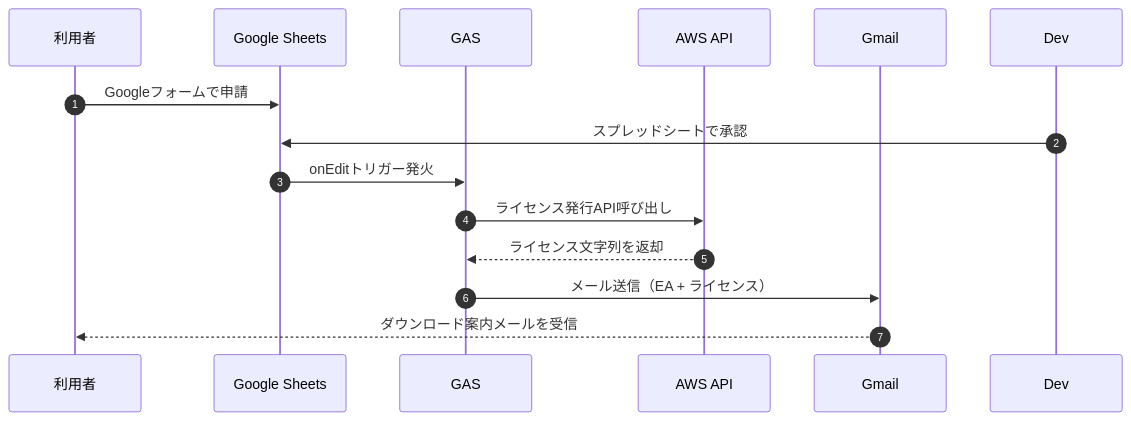
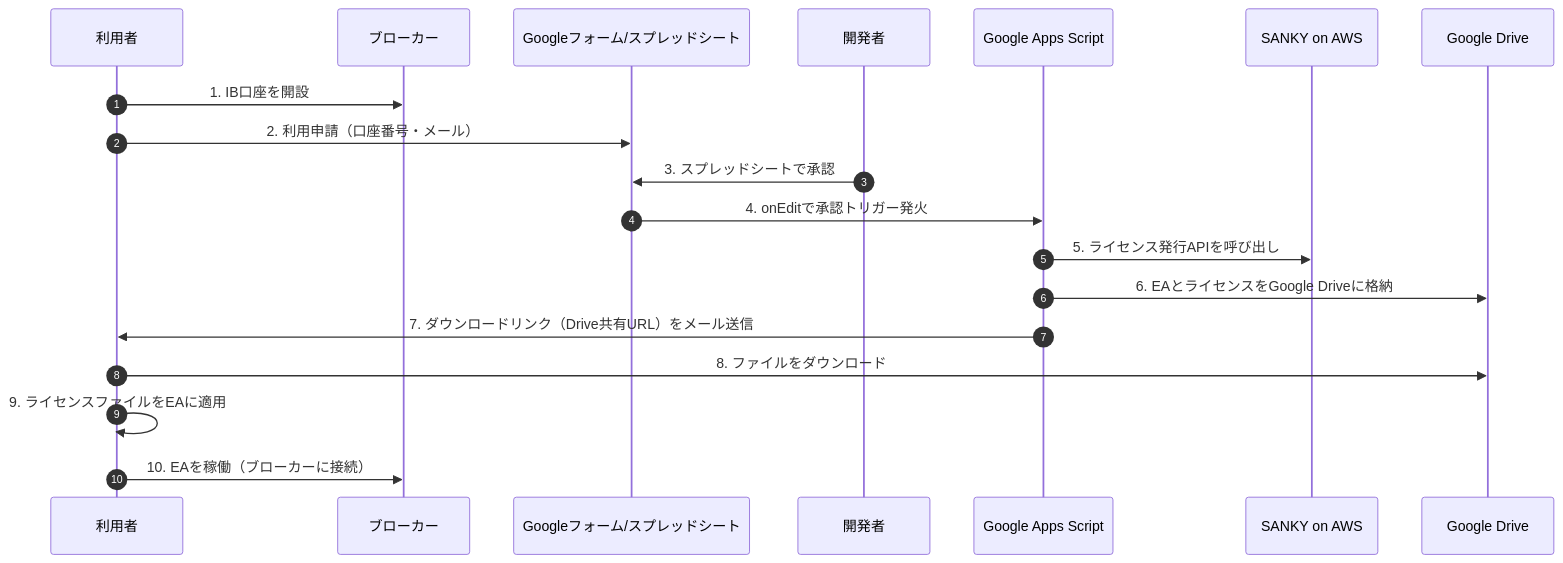
Before and after one commit to poruru210/SanKey: the second of 2 diagrams in docs/ea-license-delivery.md, drawn with Mermaid. The commit also changed other lines of this file, not shown here.

````diff
--- a/docs/ea-license-delivery.md
+++ b/docs/ea-license-delivery.md
@@ -99,17 +54,22 @@
 ```mermaid
 sequenceDiagram
     autonumber
     participant User as 利用者
-    participant Sheet as Google Sheets
-    participant GAS as GAS
-    participant API as AWS API
-    participant Mail as Gmail
+    participant Broker as ブローカー
+    participant Sheet as Googleフォーム/スプレッドシート
+    participant Dev as 開発者
+    participant GAS as Google Apps Script
+    participant SANKY as SANKY on AWS
+    participant Drive as Google Drive
 
-    User->>Sheet: Googleフォームで申請
-    Dev->>Sheet: スプレッドシートで承認
-    Sheet->>GAS: onEditトリガー発火
-    GAS->>API: ライセンス発行API呼び出し
-    API-->>GAS: ライセンス文字列を返却
-    GAS->>Mail: メール送信（EA + ライセンス）
-    Mail-->>User: ダウンロード案内メールを受信
+    User->>Broker: 1. IB口座を開設
+    User->>Sheet: 2. 利用申請（口座番号・メール）
+    Dev->>Sheet: 3. スプレッドシートで承認
+    Sheet->>GAS: 4. onEditで承認トリガー発火
+    GAS->>SANKY: 5. ライセンス発行APIを呼び出し
+    GAS->>Drive: 6. EAとライセンスをGoogle Driveに格納
+    GAS->>User: 7. ダウンロードリンク（Drive共有URL）をメール送信
+    User->>Drive: 8. ファイルをダウンロード
+    User->>User: 9. ライセンスファイルをEAに適用
+    User->>Broker: 10. EAを稼働（ブローカーに接続）
 ```
````
